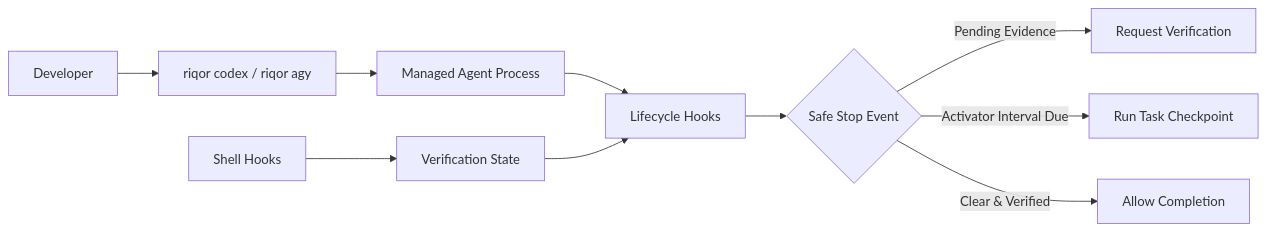
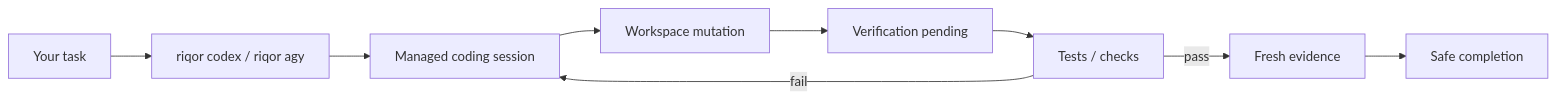
Before and after one commit to imMamdouhaboammar/riqor: the diagram in README.md, drawn with Mermaid. The commit also changed other lines of this file and 22 other files, not shown here.

````diff
--- a/README.md
+++ b/README.md
@@ -127,12 +74,11 @@
 ```mermaid
 flowchart LR
-    U[Developer] --> R[riqor codex / riqor agy]
-    R --> C[Managed Agent Process]
-    C --> H[Lifecycle Hooks]
-    T[Shell Hooks] --> S[Verification State]
-    S --> H
-    H --> E{Safe Stop Event}
-    E -->|Pending Evidence| V[Request Verification]
-    E -->|Activator Interval Due| A[Run Task Checkpoint]
-    E -->|Clear & Verified| D[Allow Completion]
+    A[Your task] --> B[riqor codex / riqor agy]
+    B --> C[Managed coding session]
+    C --> D[Workspace mutation]
+    D --> E[Verification pending]
+    E --> F[Tests / checks]
+    F -->|pass| G[Fresh evidence]
+    F -->|fail| C
+    G --> H[Safe completion]
 ```
````
